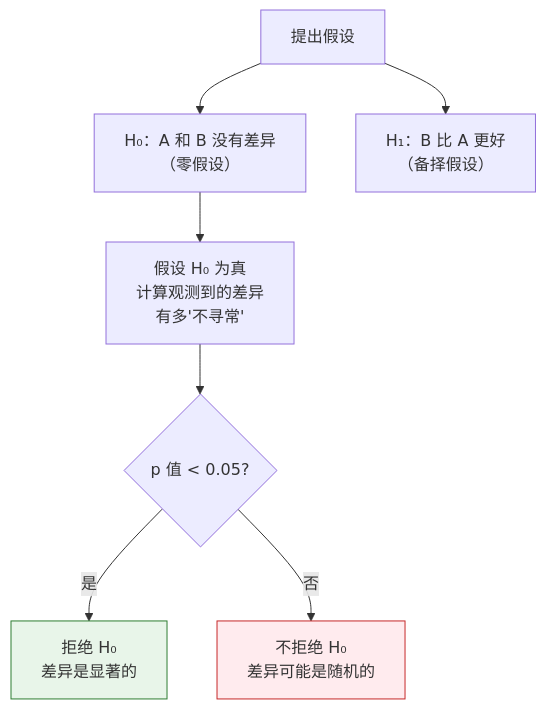
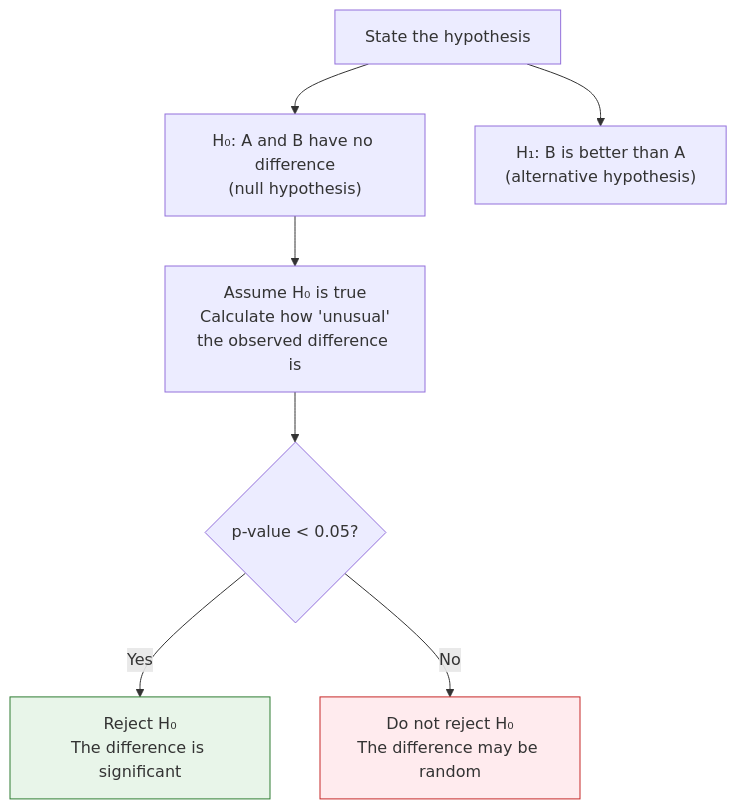
Before and after one commit to oudbiao/AI-fullstack-course: the second of 3 diagrams in docs/ch04-ai-math/ch02-probability/03-statistical-inference.md, drawn with Mermaid. The commit also changed other lines of this file and 1406 other files, not shown here.

````diff
--- a/docs/ch04-ai-math/ch02-probability/03-statistical-inference.md
+++ b/docs/ch04-ai-math/ch02-probability/03-statistical-inference.md
@@ -326,12 +326,12 @@
 ```mermaid
 flowchart TD
-    A["提出假设"] --> B["H₀：A 和 B 没有差异<br/>（零假设）"]
-    A --> C["H₁：B 比 A 更好<br/>（备择假设）"]
-    B --> D["假设 H₀ 为真<br/>计算观测到的差异<br/>有多'不寻常'"]
-    D --> E{"p 值 < 0.05?"}
-    E -->|"是"| F["拒绝 H₀<br/>差异是显著的"]
-    E -->|"否"| G["不拒绝 H₀<br/>差异可能是随机的"]
+    A["State the hypothesis"] --> B["H₀: A and B have no difference<br/>(null hypothesis)"]
+    A --> C["H₁: B is better than A<br/>(alternative hypothesis)"]
+    B --> D["Assume H₀ is true<br/>Calculate how 'unusual'<br/>the observed difference is"]
+    D --> E{"p-value < 0.05?"}
+    E -->|"Yes"| F["Reject H₀<br/>The difference is significant"]
+    E -->|"No"| G["Do not reject H₀<br/>The difference may be random"]
 
     style F fill:#e8f5e9,stroke:#2e7d32,color:#333
     style G fill:#ffebee,stroke:#c62828,color:#333
 ```
````
